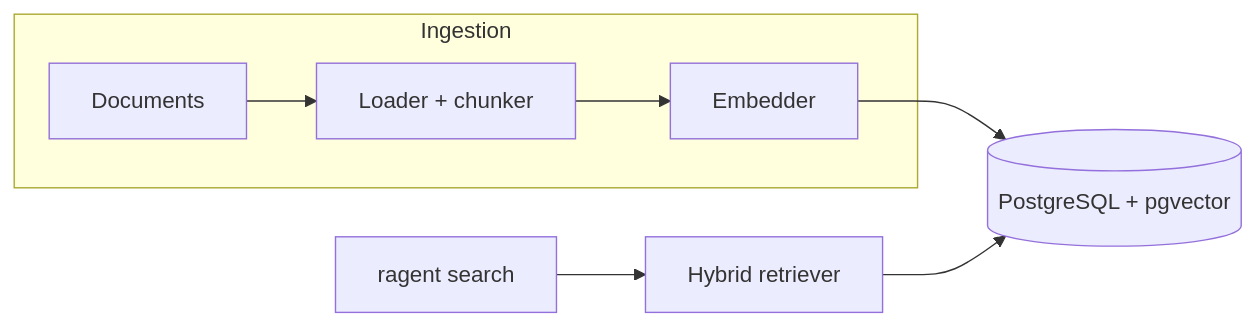
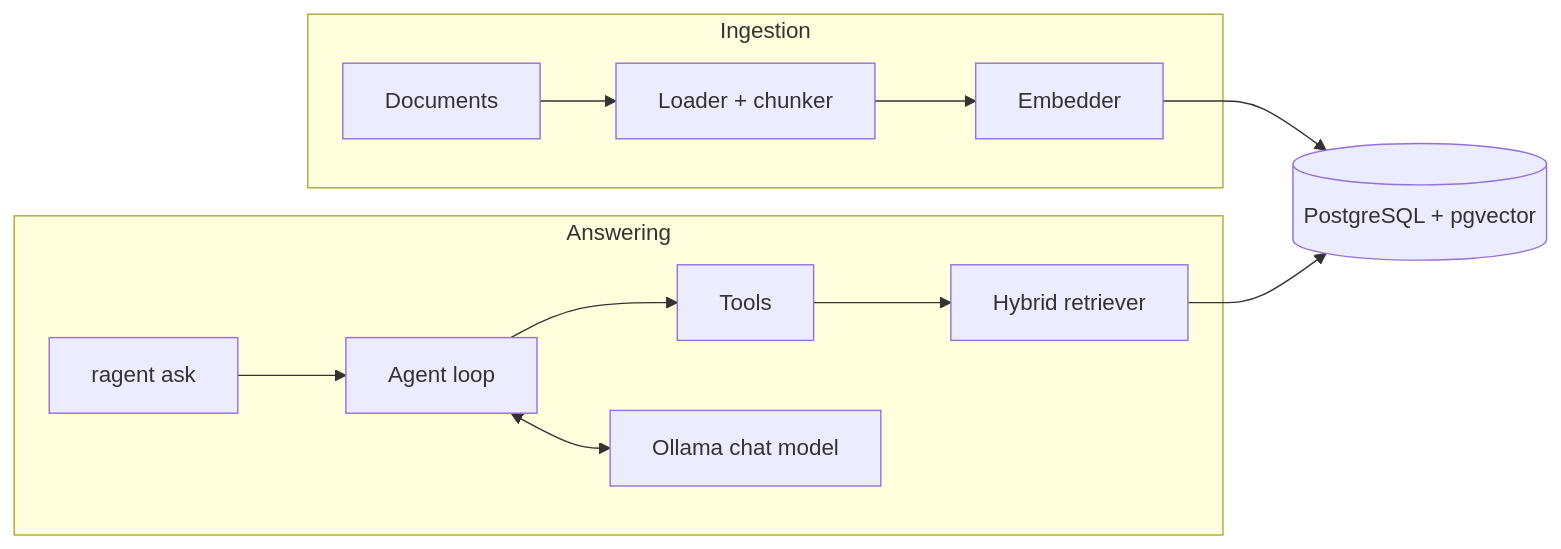
One commit to Mohamedboukadida-lang/agentic changed the diagram in README.md. Above: the diagram before and after it, drawn with Mermaid. The commit also changed other lines of this file and 21 other files, not shown here.

````diff
--- a/README.md
+++ b/README.md
@@ -17,8 +17,12 @@
 ```mermaid
 flowchart LR
   subgraph Ingestion
     D[Documents] --> L[Loader + chunker] --> E[Embedder]
   end
   E --> S[(PostgreSQL + pgvector)]
-  Q[ragent search] --> R[Hybrid retriever] --> S
+  subgraph Answering
+    C[ragent ask] --> G[Agent loop] --> T[Tools] --> R[Hybrid retriever]
+    G <--> M[Ollama chat model]
+  end
+  R --> S
 ```
````
